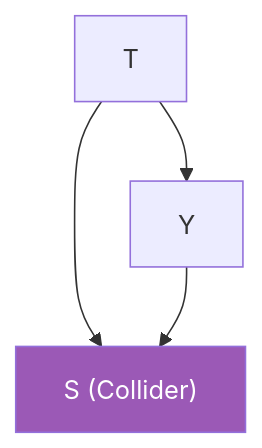
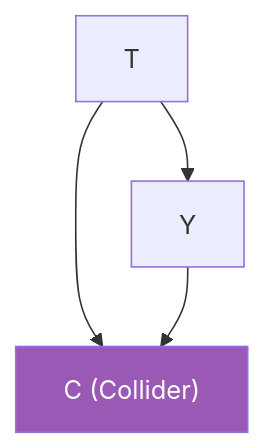
The second of 4 diagrams in _sources/tutorial/2_3_debias.md (tbluemlein/causalinference), drawn with Mermaid before and after one commit. The commit also changed other lines of this file and 214 other files, not shown here.

````diff
--- a/_sources/tutorial/2_3_debias.md
+++ b/_sources/tutorial/2_3_debias.md
@@ -56,7 +62,7 @@
 ```{mermaid}
 graph TD
-    T --> S["S (Collider)"]
-    Y --> S
+    T --> C["C (Collider)"]
+    Y --> C
     T --> Y
-    style S fill:#9b59b6,color:#fff
+    style C fill:#9b59b6,color:#fff
 ```
````
